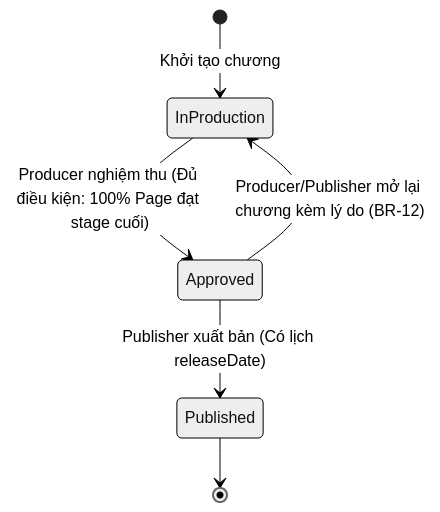
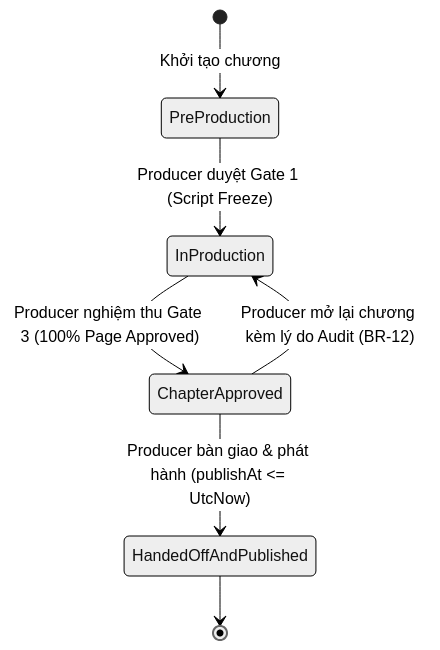
The first of 4 diagrams in docs/standards/PanelForge_Ubiquitous_Language_and_State_Glossary.md (tkiennt/panelforge-hubs), drawn with Mermaid (neutral theme) before and after one commit. The commit also changed other lines of this file and 19 other files, not shown here.

Commit message:
docs(ssot): align all specifications, standards, architecture, and plans with V2.6 Final

````diff
--- a/docs/standards/PanelForge_Ubiquitous_Language_and_State_Glossary.md
+++ b/docs/standards/PanelForge_Ubiquitous_Language_and_State_Glossary.md
@@ -72,8 +72,9 @@
 ```mermaid
 stateDiagram-v2
-    [*] --> InProduction: Khởi tạo chương
-    InProduction --> Approved: Producer nghiệm thu (Đủ điều kiện: 100% Page đạt stage cuối)
-    Approved --> InProduction: Producer/Publisher mở lại chương kèm lý do (BR-12)
-    Approved --> Published: Publisher xuất bản (Có lịch releaseDate)
-    Published --> [*]
+    [*] --> PreProduction: Khởi tạo chương
+    PreProduction --> InProduction: Producer duyệt Gate 1 (Script Freeze)
+    InProduction --> ChapterApproved: Producer nghiệm thu Gate 3 (100% Page Approved)
+    ChapterApproved --> InProduction: Producer mở lại chương kèm lý do Audit (BR-12)
+    ChapterApproved --> HandedOffAndPublished: Producer bàn giao & phát hành (publishAt <= UtcNow)
+    HandedOffAndPublished --> [*]
 ```
````
